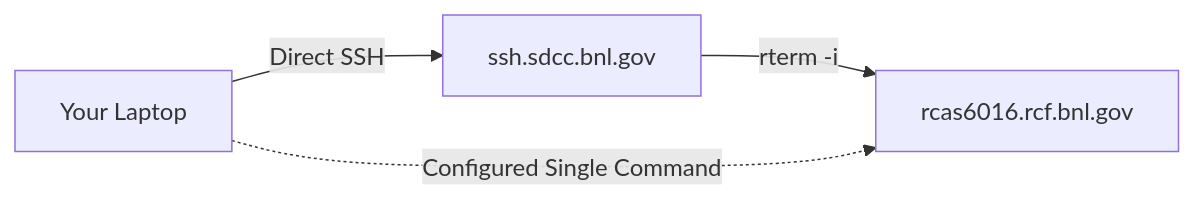
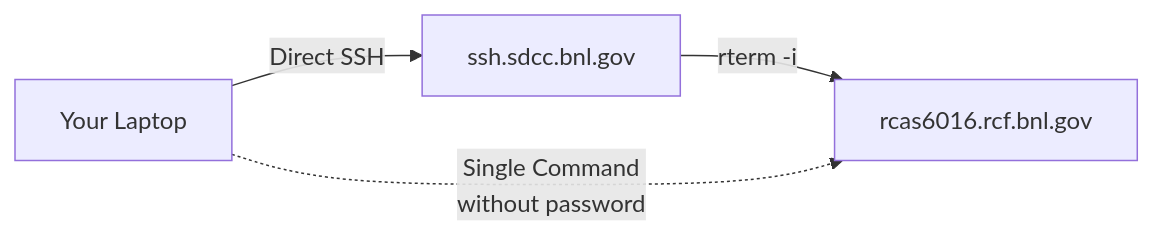
One commit to star-juniors/star-juniors.github.io changed the diagram in software/ssh/index.md. Above: the diagram before and after it, drawn with Mermaid. The commit also changed other lines of this file and 1 other file, not shown here.

````diff
--- a/software/ssh/index.md
+++ b/software/ssh/index.md
@@ -11,7 +11,8 @@
 ```mermaid
 flowchart LR
     A[Your Laptop] -->|Direct SSH| B[ssh.sdcc.bnl.gov]
     B -->|rterm -i| C[rcas6016.rcf.bnl.gov]
-    A -.->|Configured Single Command| C
+    A -.->| Single Command 
+    without password| C
 
 ```
````
